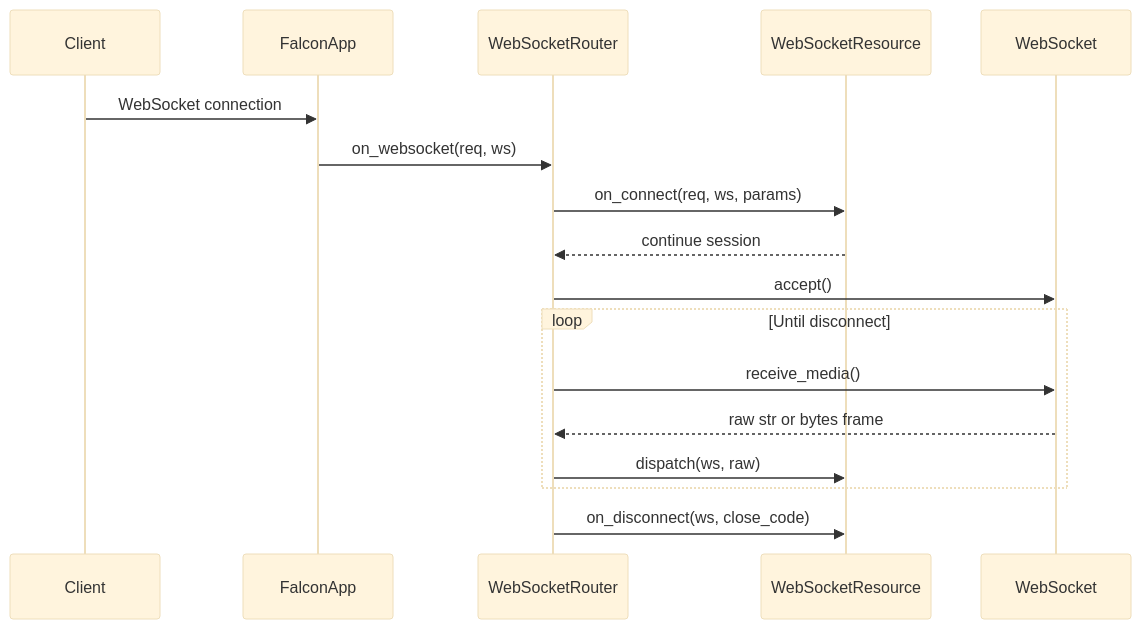
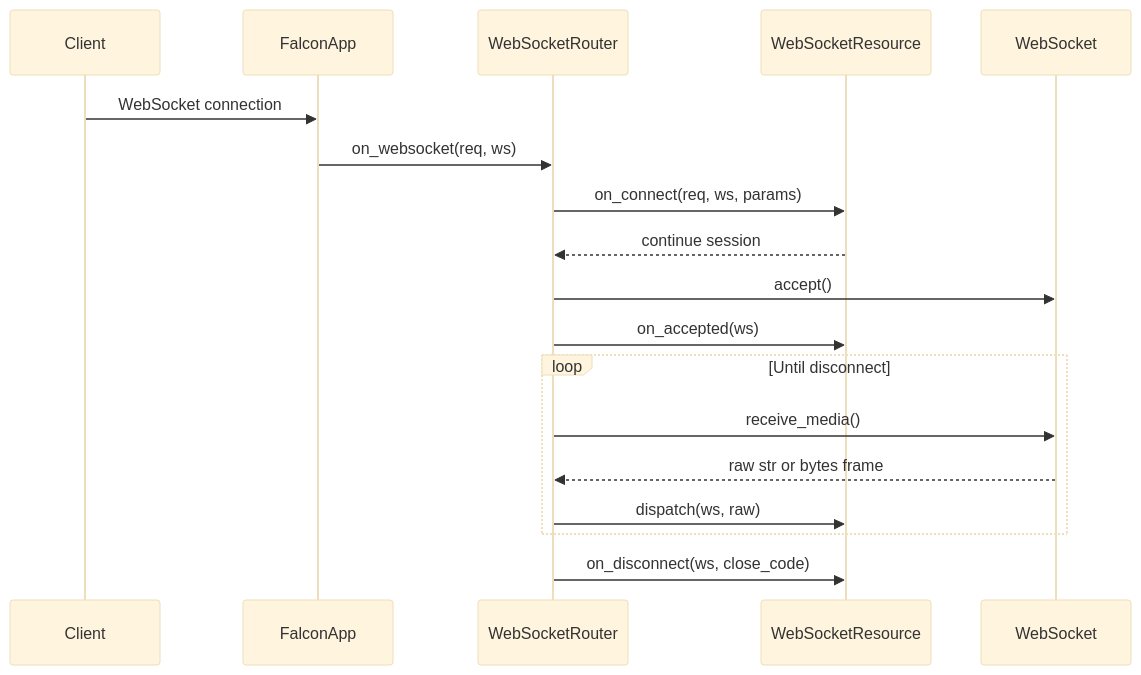
The second of 20 diagrams in docs/falcon-websocket-extension-design.md (leynos/falcon-pachinko), drawn with Mermaid (base theme) before and after one commit. The commit also changed other lines of this file and 33 other files, not shown here.

````diff
--- a/docs/falcon-websocket-extension-design.md
+++ b/docs/falcon-websocket-extension-design.md
@@ -97,28 +101,30 @@
 ```mermaid
 sequenceDiagram
     accTitle: Falcon WebSocket responder lifecycle
     accDescr {
         With receive_loop enabled, Falcon routes the connection to
-        WebSocketRouter, which calls on_connect before accepting. The router
-        then receives and dispatches frames until disconnect, followed by the
-        resource's on_disconnect hook with the final close code.
+        WebSocketRouter, which calls on_connect before accepting. After
+        acceptance it calls on_accepted, then receives and dispatches frames
+        until disconnect. Cleanup runs before_disconnect hooks before the
+        resource's on_disconnect hook.
     }
 
     participant Client
     participant FalconApp
     participant WebSocketRouter
     participant WebSocketResource
     participant WebSocket
 
     Client->>FalconApp: WebSocket connection
     FalconApp->>WebSocketRouter: on_websocket(req, ws)
     WebSocketRouter->>WebSocketResource: on_connect(req, ws, params)
     WebSocketResource-->>WebSocketRouter: continue session
     WebSocketRouter->>WebSocket: accept()
+    WebSocketRouter->>WebSocketResource: on_accepted(ws)
     loop Until disconnect
         WebSocketRouter->>WebSocket: receive_media()
         WebSocket-->>WebSocketRouter: raw str or bytes frame
         WebSocketRouter->>WebSocketResource: dispatch(ws, raw)
     end
     WebSocketRouter->>WebSocketResource: on_disconnect(ws, close_code)
 ```
````
